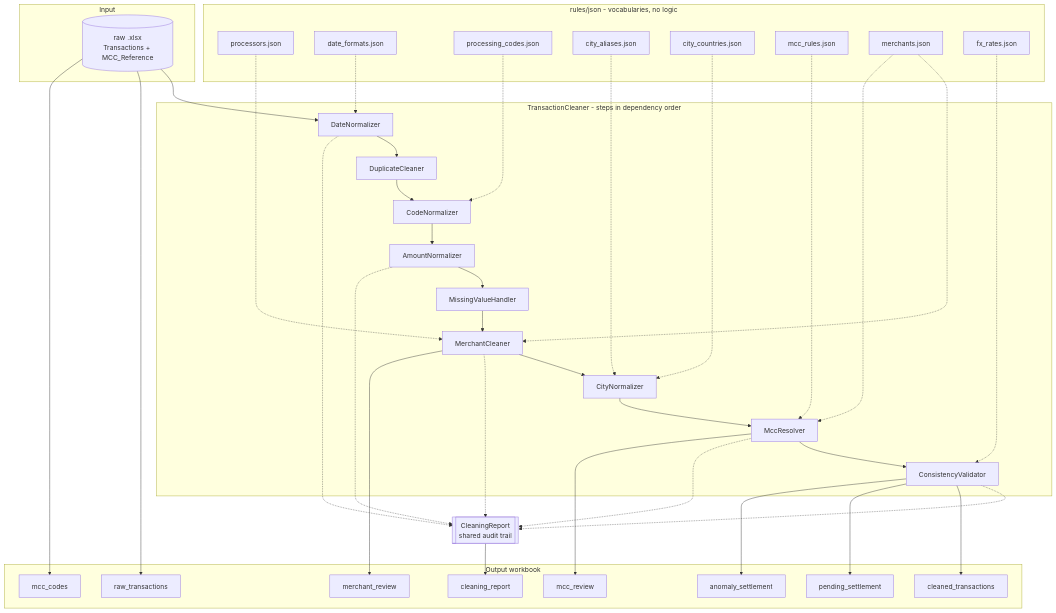
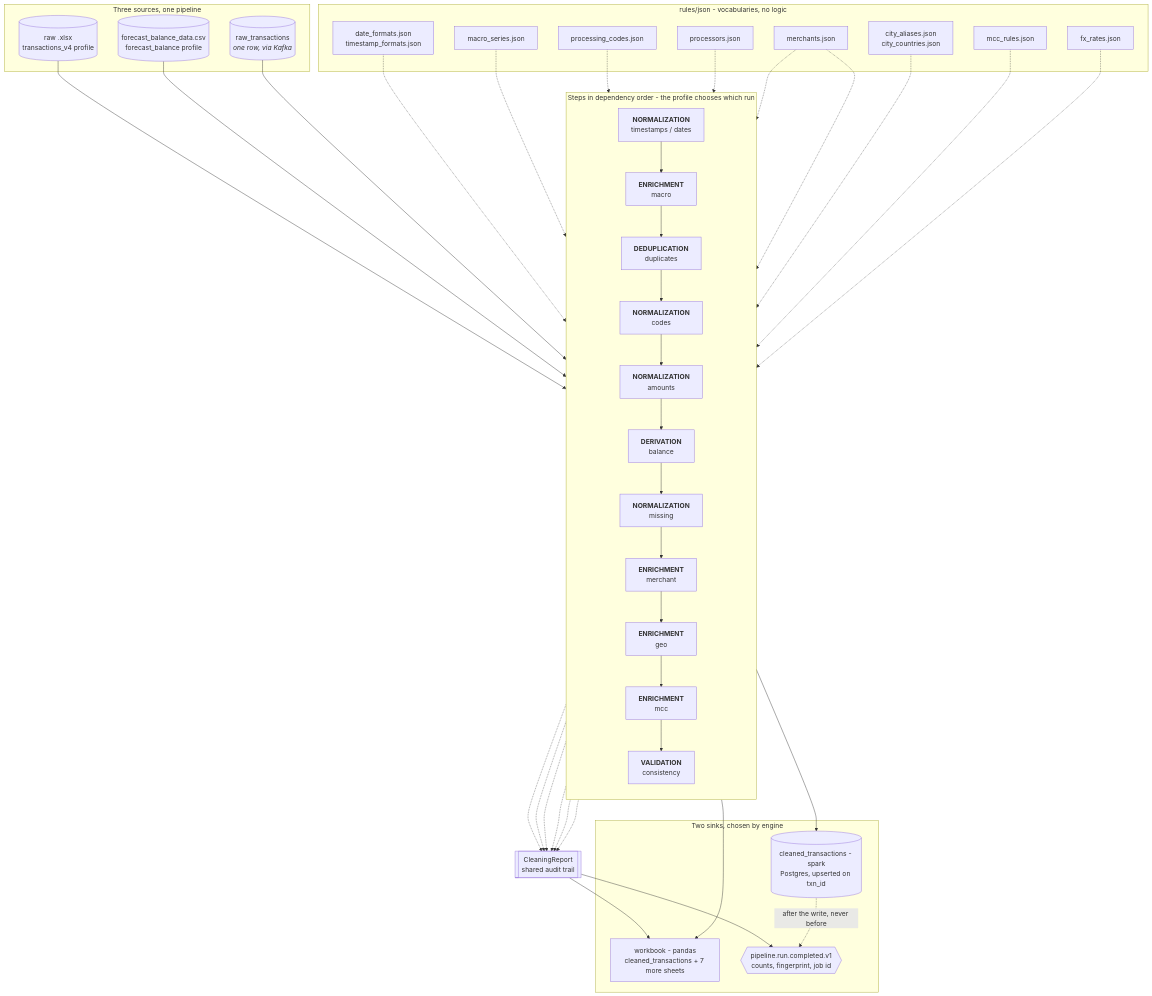
The second of 2 diagrams in README.md (jam-makh/clean_data_task), drawn with Mermaid before and after one commit. The commit also changed other lines of this file and 3 other files, not shown here.

````diff
--- a/README.md
+++ b/README.md
@@ -79,68 +303,70 @@
 ```mermaid
 flowchart TD
-    subgraph input[Input]
-        RAW[("raw .xlsx<br/>Transactions + MCC_Reference")]
+    subgraph input["Three sources, one pipeline"]
+        RAW[("raw .xlsx<br/>transactions_v4 profile")]
+        CSV[("forecast_balance_data.csv<br/>forecast_balance profile")]
+        RAWT[("raw_transactions<br/><i>one row, via Kafka</i>")]
     end
 
-    subgraph rules[rules/json - vocabularies, no logic]
-        R1[processors.json]
-        R2[date_formats.json]
-        R3[processing_codes.json]
-        R4[city_aliases.json]
-        R7[city_countries.json]
-        R5[mcc_rules.json]
-        R6[merchants.json]
-        R8[fx_rates.json]
+    subgraph rules["rules/json - vocabularies, no logic"]
+        R2["date_formats.json<br/>timestamp_formats.json"]
+        R3["processing_codes.json"]
+        R1["processors.json"]
+        R6["merchants.json"]
+        R4["city_aliases.json<br/>city_countries.json"]
+        R5["mcc_rules.json"]
+        R8["fx_rates.json"]
+        R9["macro_series.json"]
     end
 
-    subgraph pipe[TransactionCleaner - steps in dependency order]
-        S1[DateNormalizer]
-        S2[DuplicateCleaner]
-        S3[CodeNormalizer]
-        S4[AmountNormalizer]
-        S5[MissingValueHandler]
-        S6[MerchantCleaner]
-        S7[CityNormalizer]
-        S8[MccResolver]
-        S9[ConsistencyValidator]
+    subgraph pipe["Steps in dependency order - the profile chooses which run"]
+        direction TB
+        S1["<b>NORMALIZATION</b><br/>timestamps / dates"]
+        S2["<b>ENRICHMENT</b><br/>macro"]
+        S3["<b>DEDUPLICATION</b><br/>duplicates"]
+        S4["<b>NORMALIZATION</b><br/>codes"]
+        S5["<b>NORMALIZATION</b><br/>amounts"]
+        S6["<b>DERIVATION</b><br/>balance"]
+        S7["<b>NORMALIZATION</b><br/>missing"]
+        S8["<b>ENRICHMENT</b><br/>merchant"]
+        S9["<b>ENRICHMENT</b><br/>geo"]
+        S10["<b>ENRICHMENT</b><br/>mcc"]
+        S11["<b>VALIDATION</b><br/>consistency"]
     end
 
     REP[["CleaningReport<br/>shared audit trail"]]
 
-    subgraph output[Output workbook]
-        O1[raw_transactions]
-        O2[cleaned_transactions]
-        O3[mcc_codes]
-        O4[pending_settlement]
-        O5[anomaly_settlement]
-        O6[merchant_review]
-        O7[mcc_review]
-        O8[cleaning_report]
+    subgraph output["Two sinks, chosen by engine"]
+        O2["workbook - pandas<br/>cleaned_transactions + 7 more sheets"]
+        DB[("cleaned_transactions - spark<br/>Postgres, upserted on txn_id")]
+        EV{{"pipeline.run.completed.v1<br/>counts, fingerprint, job id"}}
     end
 
-    RAW --> S1 --> S2 --> S3 --> S4 --> S5 --> S6 --> S7 --> S8 --> S9
+    RAW --> S1
+    CSV --> S1
+    RAWT --> S1
+    S1 --> S2 --> S3 --> S4 --> S5 --> S6 --> S7 --> S8 --> S9 --> S10 --> S11
+
     R2 -.-> S1
-    R3 -.-> S3
-    R1 -.-> S6
-    R4 -.-> S7
-    R7 -.-> S7
-    R5 -.-> S8
-    R6 -.-> S6
+    R9 -.-> S2
+    R3 -.-> S4
+    R1 -.-> S8
     R6 -.-> S8
-    R8 -.-> S9
+    R6 -.-> S10
+    R4 -.-> S9
+    R5 -.-> S10
+    R8 -.-> S11
 
     S1 -.-> REP
-    S4 -.-> REP
+    S5 -.-> REP
     S6 -.-> REP
     S8 -.-> REP
-    S9 -.-> REP
+    S10 -.-> REP
+    S11 -.-> REP
 
-    S9 --> O2
-    RAW --> O1
-    RAW --> O3
-    S9 --> O4
-    S9 --> O5
-    S6 --> O6
-    S8 --> O7
-    REP --> O8
+    S11 --> O2
+    S11 --> DB
+    REP --> O2
+    REP --> EV
+    DB -.->|"after the write, never before"| EV
 ```
````
